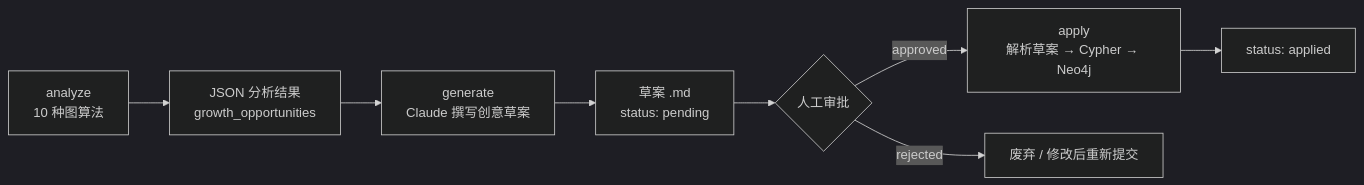
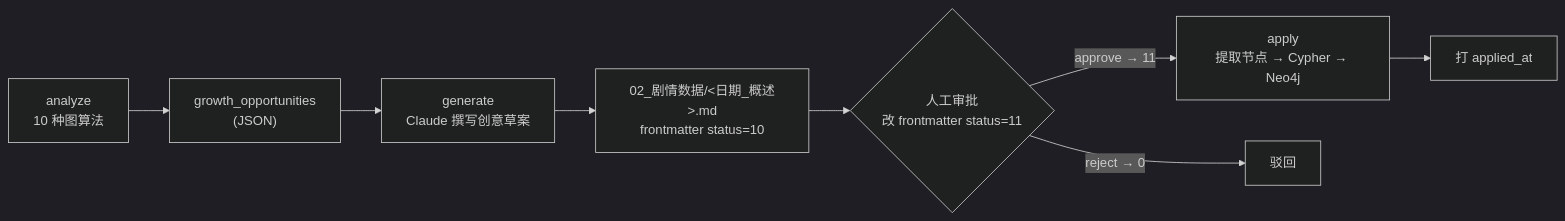
Before and after one commit to CrazyJinn/OtheredGlass: the second of 3 diagrams in readme2.md, drawn with Mermaid (dark theme). The commit also changed other lines of this file and 93 other files, not shown here.

````diff
--- a/readme2.md
+++ b/readme2.md
@@ -122,10 +122,10 @@
 ```mermaid
 flowchart LR
-    A["analyze<br/>10 种图算法"] --> B["JSON 分析结果<br/>growth_opportunities"]
+    A["analyze<br/>10 种图算法"] --> B["growth_opportunities<br/>(JSON)"]
     B --> C["generate<br/>Claude 撰写创意草案"]
-    C --> D["草案 .md<br/>status: pending"]
-    D --> E{"人工审批"}
-    E -->|approved| F["apply<br/>解析草案 → Cypher → Neo4j"]
-    E -->|rejected| G["废弃 / 修改后重新提交"]
-    F --> H["status: applied"]
+    C --> D["02_剧情数据/<日期_概述>.md<br/>frontmatter status=10"]
+    D --> E{"人工审批<br/>改 frontmatter status=11"}
+    E -->|approve → 11| F["apply<br/>提取节点 → Cypher → Neo4j"]
+    E -->|reject → 0| G["驳回"]
+    F --> H["打 applied_at"]
 ```
````
